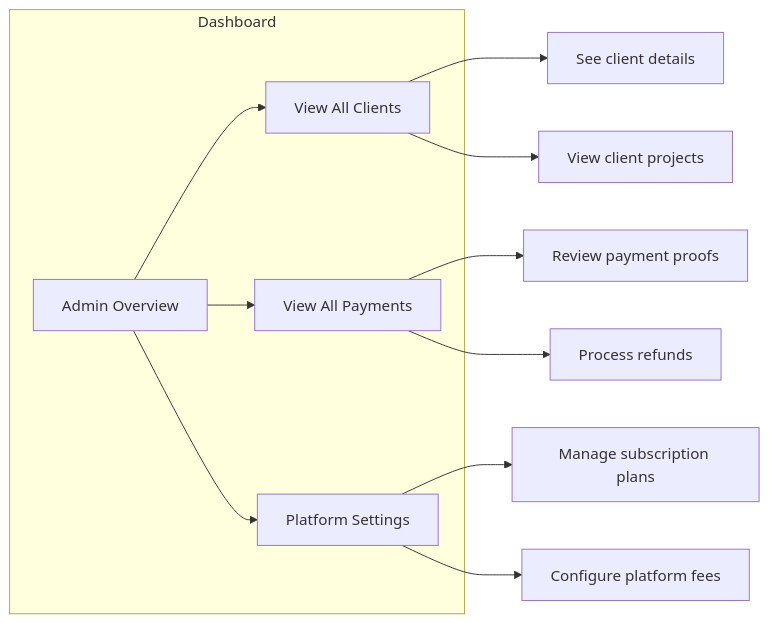
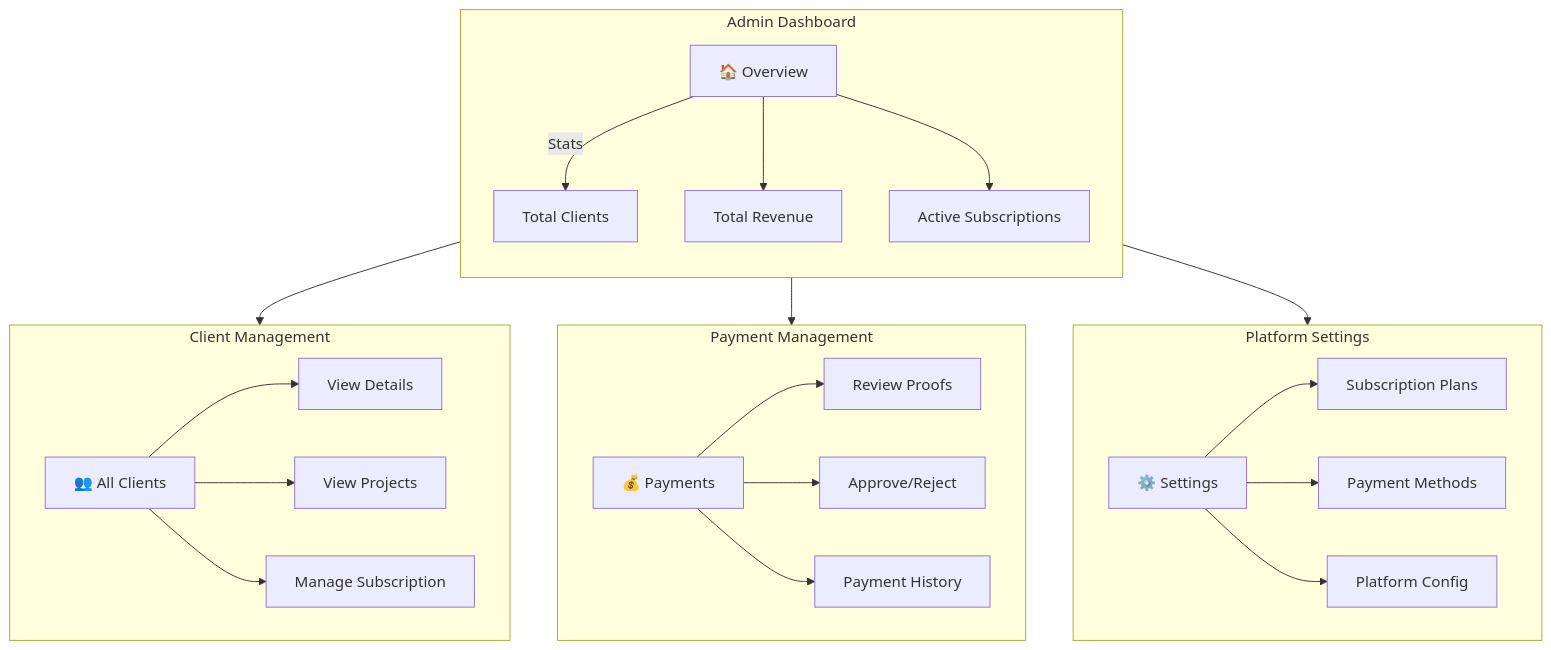
The fourth of 14 diagrams in DOCUMENTATION.md (Abdelmalk4/subscribehub), drawn with Mermaid before and after one commit. The commit also changed other lines of this file, not shown here.

````diff
--- a/DOCUMENTATION.md
+++ b/DOCUMENTATION.md
@@ -197,17 +279,31 @@
 ```mermaid
-flowchart LR
-    subgraph Dashboard
-        A[Admin Overview] --> B[View All Clients]
-        A --> C[View All Payments]
-        A --> D[Platform Settings]
+flowchart TB
+    subgraph Dashboard["Admin Dashboard"]
+        direction TB
+        A[🏠 Overview] --> |Stats| A1[Total Clients]
+        A --> A2[Total Revenue]
+        A --> A3[Active Subscriptions]
     end
     
-    B --> E[See client details]
-    B --> F[View client projects]
+    subgraph Clients["Client Management"]
+        B[👥 All Clients] --> B1[View Details]
+        B --> B2[View Projects]
+        B --> B3[Manage Subscription]
+    end
     
-    C --> G[Review payment proofs]
-    C --> H[Process refunds]
+    subgraph Payments["Payment Management"]
+        C[💰 Payments] --> C1[Review Proofs]
+        C --> C2[Approve/Reject]
+        C --> C3[Payment History]
+    end
     
-    D --> I[Manage subscription plans]
-    D --> J[Configure platform fees]
+    subgraph Settings["Platform Settings"]
+        D[⚙️ Settings] --> D1[Subscription Plans]
+        D --> D2[Payment Methods]
+        D --> D3[Platform Config]
+    end
+    
+    Dashboard --> Clients
+    Dashboard --> Payments
+    Dashboard --> Settings
 ```
````
